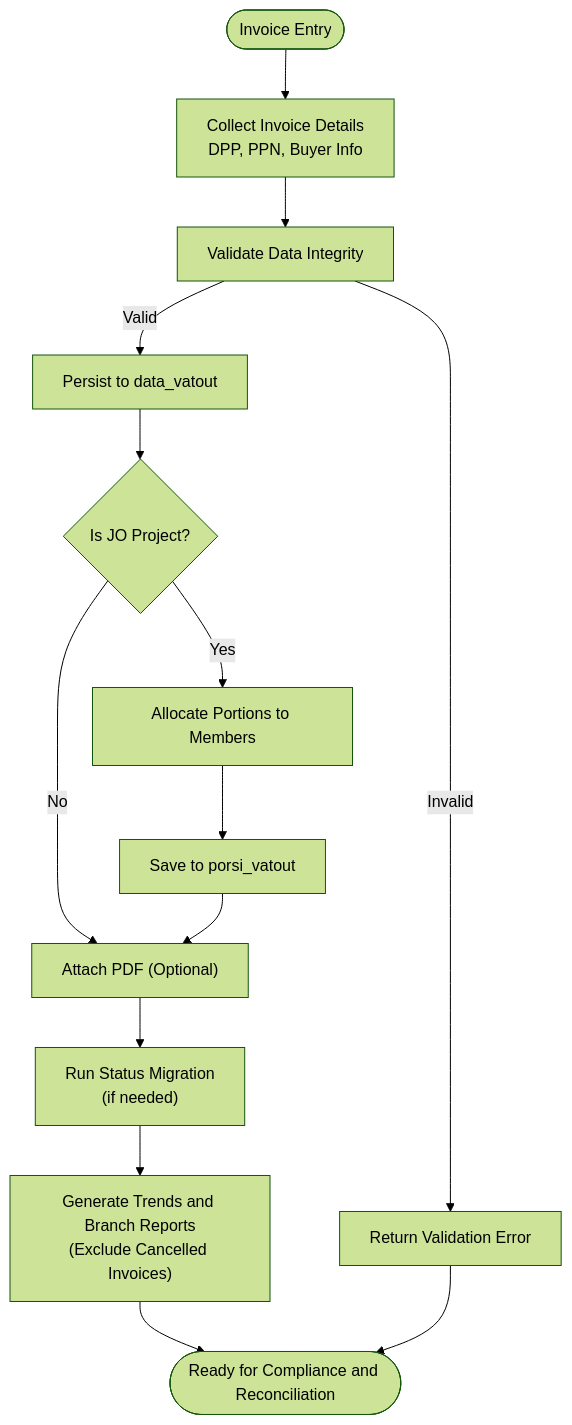
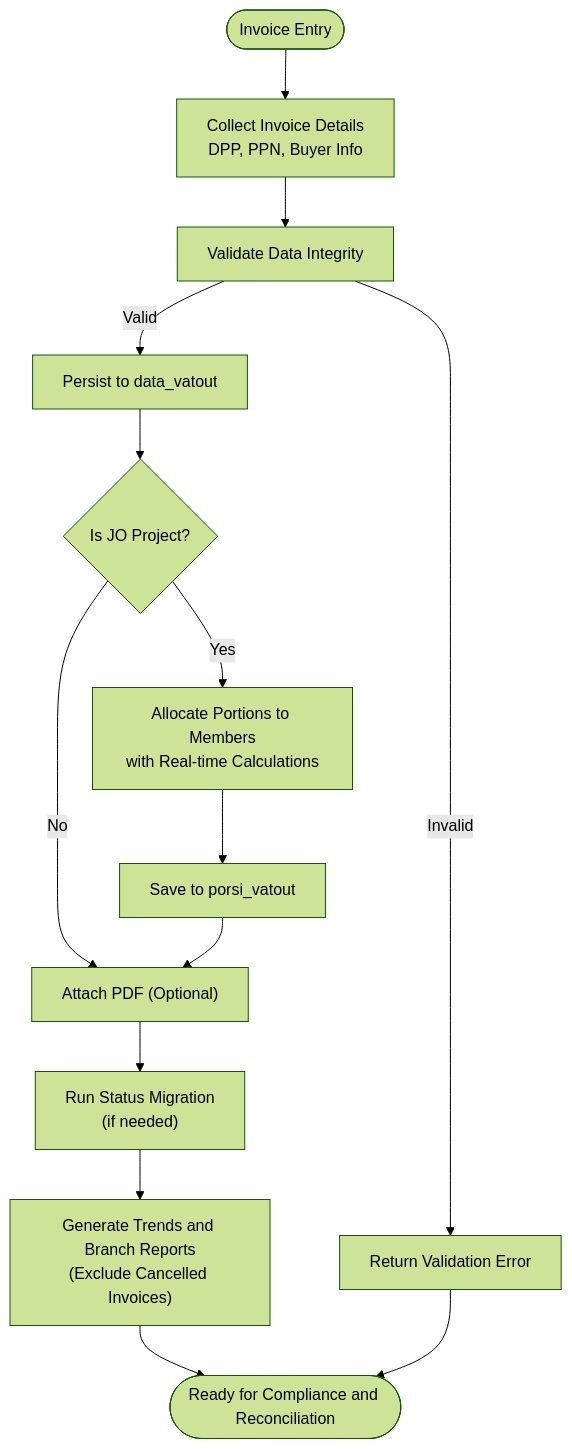
One commit to rendisiagian/TDS_by_RENDISIAGIAN changed the sixth of 12 diagrams in .qoder/repowiki/en/content/VAT Management System/VAT Output (VAT OUT).md. Above: the diagram before and after it, drawn with Mermaid (forest theme). The commit also changed other lines of this file and 8 other files, not shown here.

````diff
--- a/.qoder/repowiki/en/content/VAT Management System/VAT Output (VAT OUT).md
+++ b/.qoder/repowiki/en/content/VAT Management System/VAT Output (VAT OUT).md
@@ -271,16 +304,16 @@
 ```mermaid
 flowchart TD
 Start(["Invoice Entry"]) --> Collect["Collect Invoice Details<br/>DPP, PPN, Buyer Info"]
 Collect --> Validate["Validate Data Integrity"]
 Validate --> |Valid| Persist["Persist to data_vatout"]
 Validate --> |Invalid| Error["Return Validation Error"]
 Persist --> CheckJO{"Is JO Project?"}
-CheckJO --> |Yes| AllocatePortions["Allocate Portions to Members"]
+CheckJO --> |Yes| AllocatePortions["Allocate Portions to Members<br/>with Real-time Calculations"]
 CheckJO --> |No| Attach["Attach PDF (Optional)"]
 AllocatePortions --> SaveAllocations["Save to porsi_vatout"]
 SaveAllocations --> Attach
 Attach --> Migrate["Run Status Migration<br/>(if needed)"]
 Migrate --> Report["Generate Trends and Branch Reports<br/>(Exclude Cancelled Invoices)"]
 Report --> End(["Ready for Compliance and Reconciliation"])
 Error --> End
 ```
````
